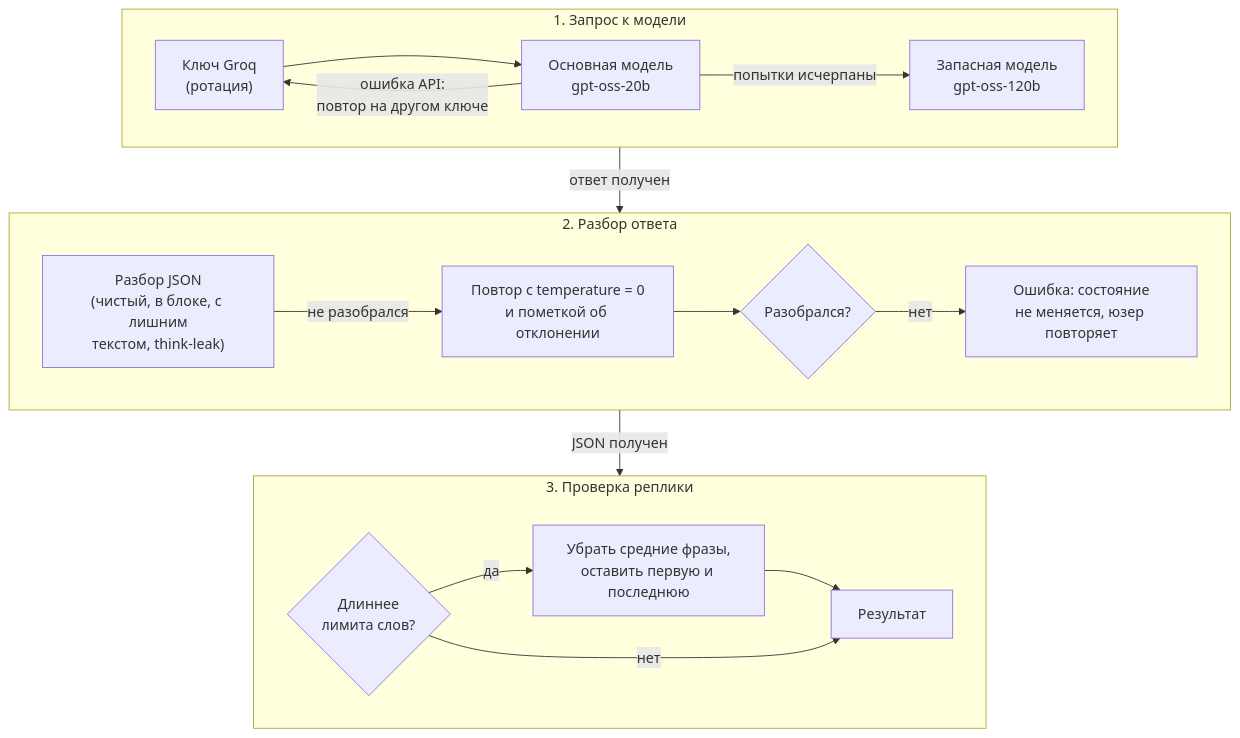
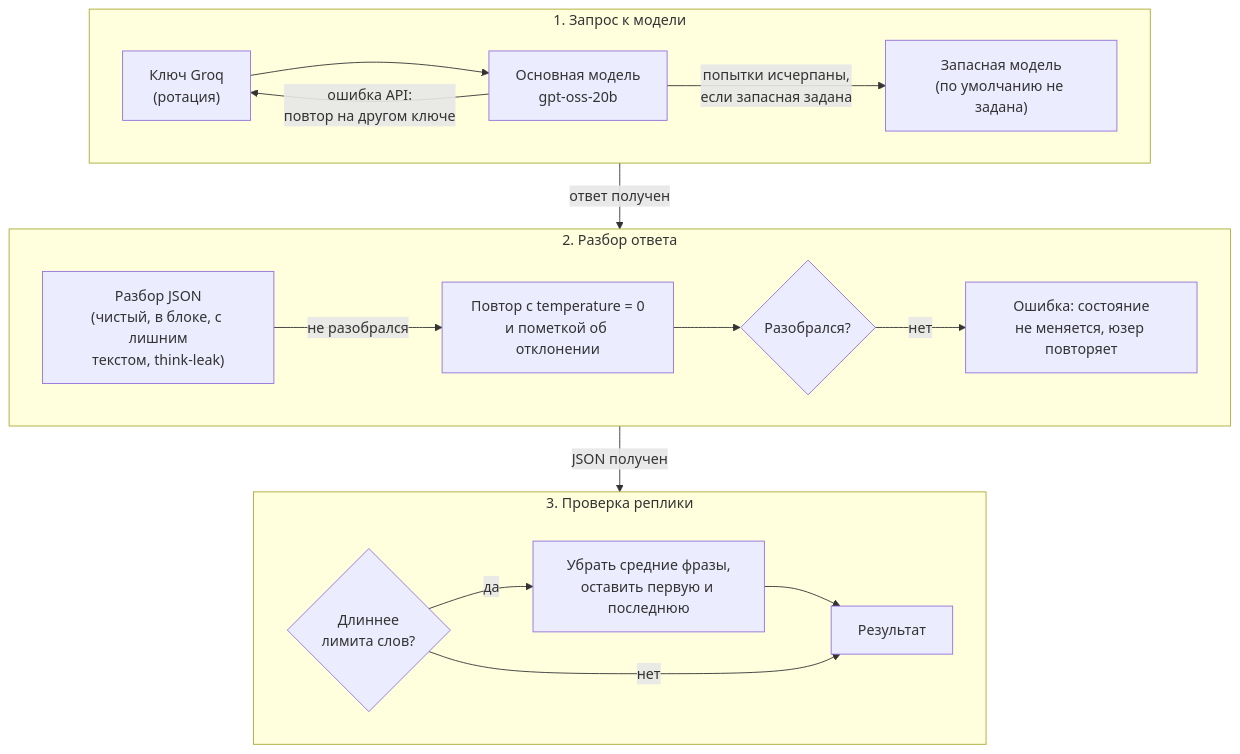
The fifth of 9 diagrams in docs/ARCHITECTURE.md (inikonoff/Daily-Ten), drawn with Mermaid before and after one commit. The commit also changed other lines of this file and 6 other files, not shown here.

First line of the commit message:
Use only gpt-oss-20b by default: no fallback model

````diff
--- a/docs/ARCHITECTURE.md
+++ b/docs/ARCHITECTURE.md
@@ -212,23 +212,23 @@
 ```mermaid
 flowchart TB
     subgraph REQ["1. Запрос к модели"]
         direction LR
         KEY["Ключ Groq<br/>(ротация)"] --> M1["Основная модель<br/>gpt-oss-20b"]
         M1 -- "ошибка API:<br/>повтор на другом ключе" --> KEY
-        M1 -- "попытки исчерпаны" --> M2["Запасная модель<br/>gpt-oss-120b"]
+        M1 -- "попытки исчерпаны,<br/>если запасная задана" --> M2["Запасная модель<br/>(по умолчанию не задана)"]
     end
     subgraph PARSE["2. Разбор ответа"]
         direction LR
         P1["Разбор JSON<br/>(чистый, в блоке, с лишним<br/>текстом, think-leak)"] -- "не разобрался" --> T0["Повтор с temperature = 0<br/>и пометкой об отклонении"]
         T0 --> P2{"Разобрался?"}
         P2 -- нет --> FAIL["Ошибка: состояние<br/>не меняется, юзер повторяет"]
     end
     subgraph CHECK["3. Проверка реплики"]
         direction LR
         LEN{"Длиннее<br/>лимита слов?"} -- да --> SHORT["Убрать средние фразы,<br/>оставить первую и последнюю"]
         SHORT --> OK["Результат"]
         LEN -- нет --> OK
     end
     REQ -- "ответ получен" --> PARSE
     PARSE -- "JSON получен" --> CHECK
 ```
````
